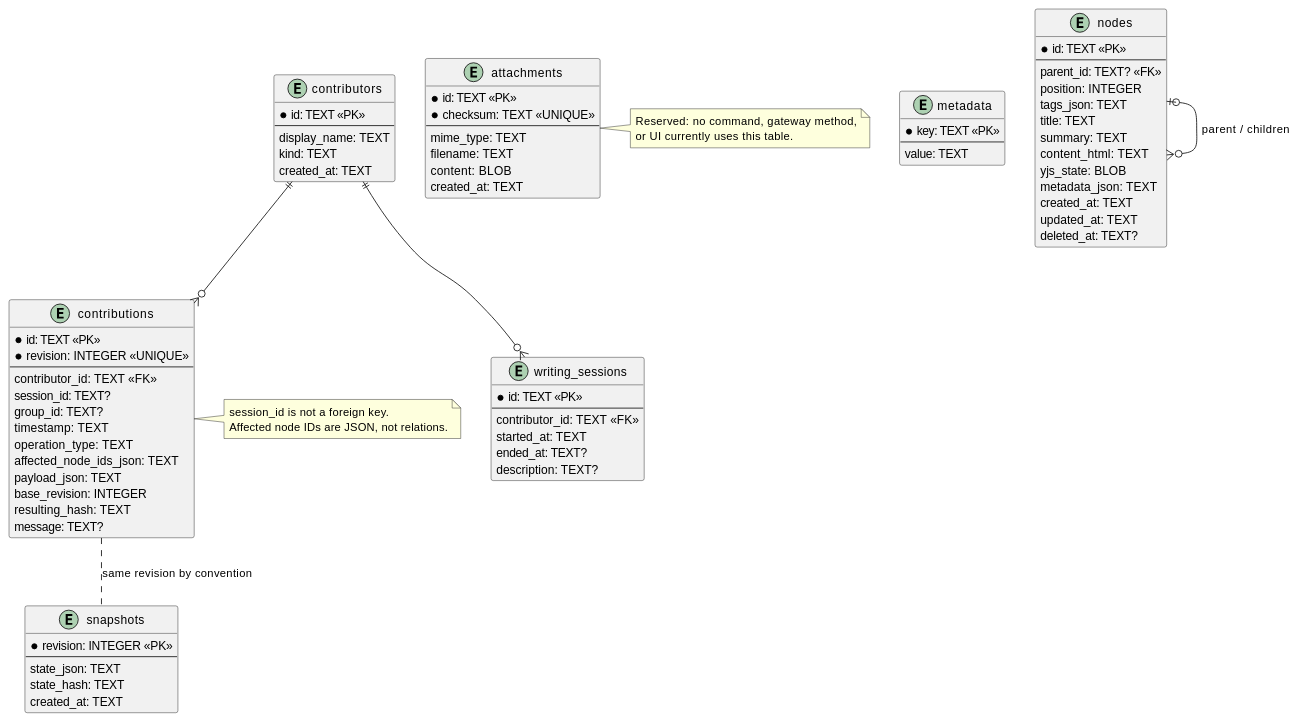
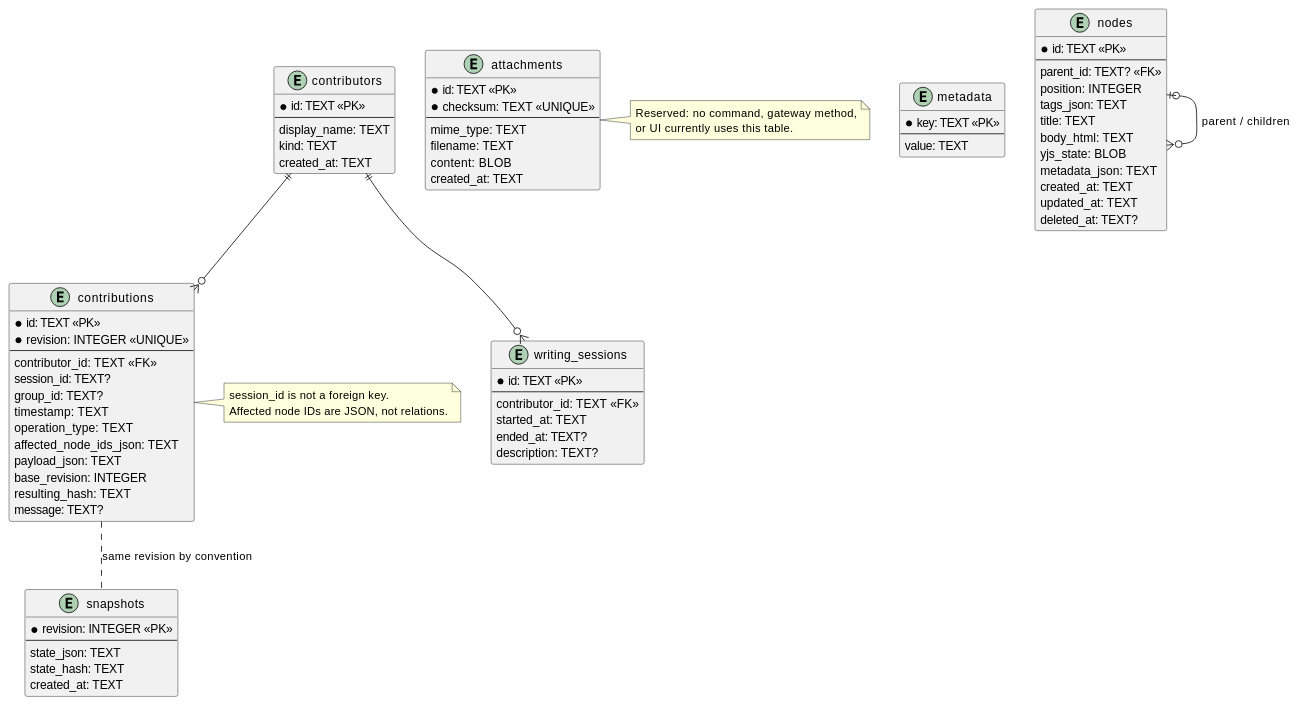
The fourth of 6 diagrams in docs/PERSISTENCE_DESIGN.md (benoit-gl/coedit), drawn with PlantUML before and after one commit. The commit also changed other lines of this file and 28 other files, not shown here.

Commit message:
removed summary; each node now only has title+body

```diff
--- a/docs/PERSISTENCE_DESIGN.md
+++ b/docs/PERSISTENCE_DESIGN.md
@@ -325,8 +324,7 @@
   position: INTEGER
   tags_json: TEXT
   title: TEXT
-  summary: TEXT
-  content_html: TEXT
+  body_html: TEXT
   yjs_state: BLOB
   metadata_json: TEXT
   created_at: TEXT
```
